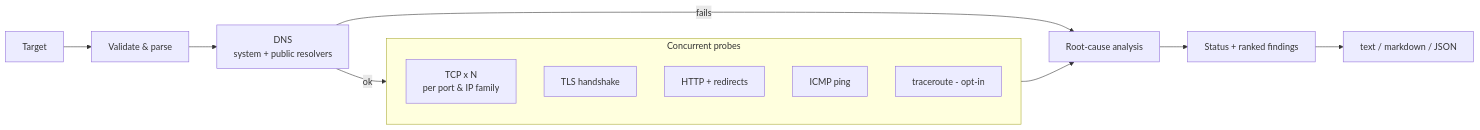
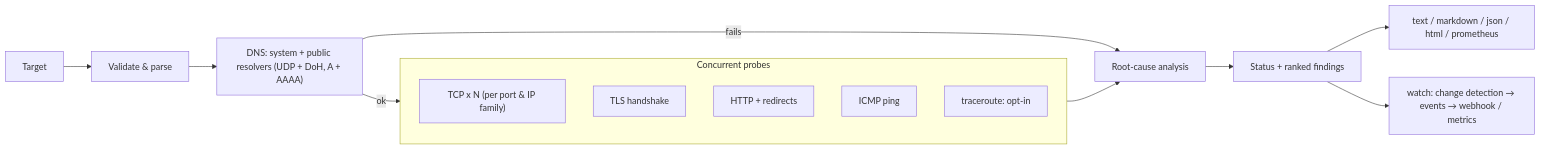
Before and after one commit to Ajitesh1234/Netdoctor: the diagram in README.md, drawn with Mermaid. The commit also changed other lines of this file and 47 other files, not shown here.

Commit message:
Release 1.2.0: DoH, webhooks, metrics, HTML report, config file, hardening, signed releases

````diff
--- a/README.md
+++ b/README.md
@@ -222,18 +255,19 @@
 ```mermaid
 flowchart LR
     T[Target] --> V[Validate & parse]
-    V --> D[DNS<br/>system + public resolvers]
+    V --> D["DNS: system + public resolvers (UDP + DoH, A + AAAA)"]
     D -->|fails| A
     D -->|ok| P
     subgraph P[Concurrent probes]
         direction TB
-        TCP[TCP x N<br/>per port & IP family]
+        TCP["TCP x N (per port & IP family)"]
         TLS[TLS handshake]
         HTTP[HTTP + redirects]
         ICMP[ICMP ping]
-        TR[traceroute - opt-in]
+        TR[traceroute: opt-in]
     end
     P --> A[Root-cause analysis]
     A --> R[Status + ranked findings]
-    R --> O[text / markdown / JSON]
+    R --> O["text / markdown / json / html / prometheus"]
+    R --> W["watch: change detection → events → webhook / metrics"]
 ```
````
